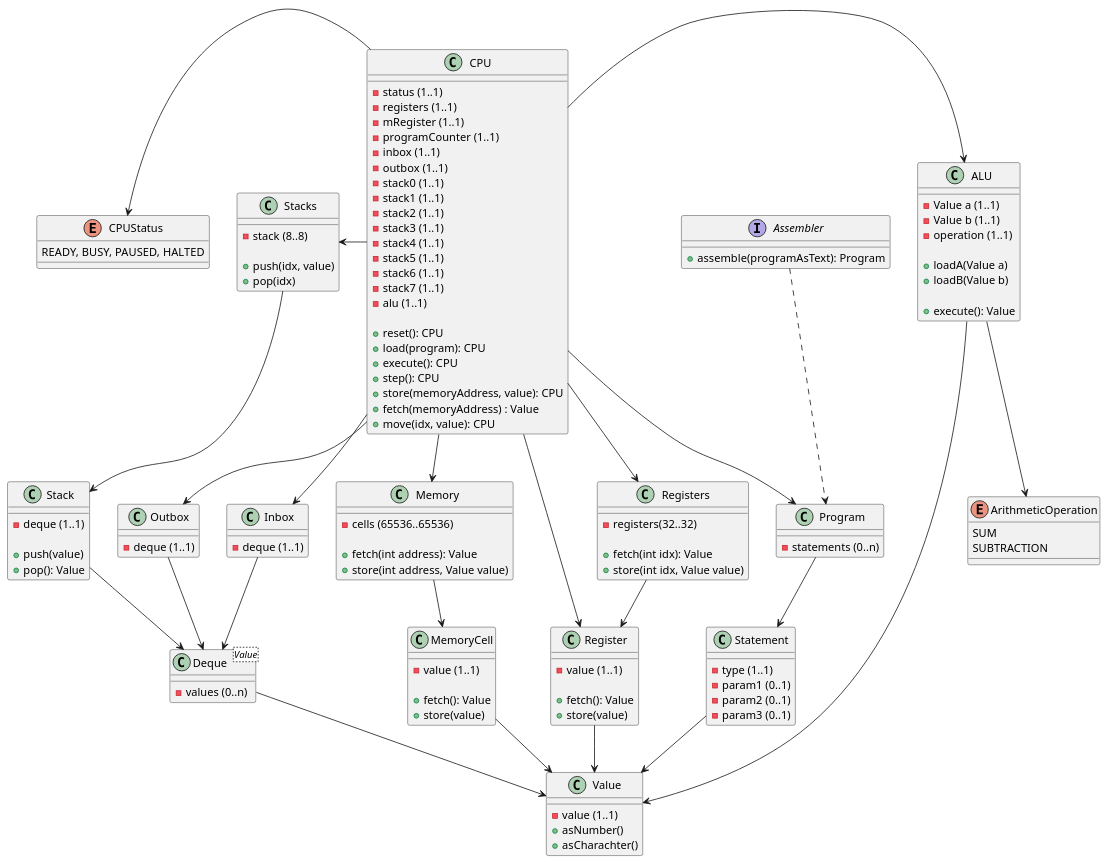
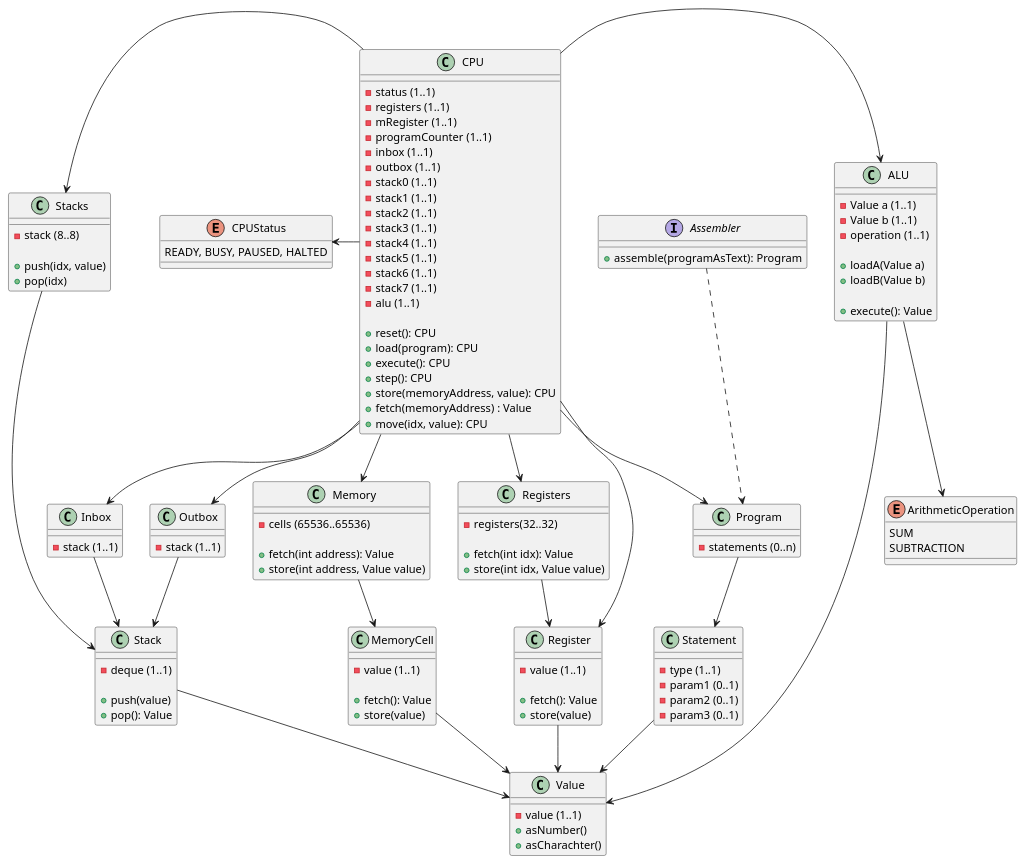
Before and after one commit to TristanoSuriani/HRM-assembly: the diagram in docs/ClassDiagramCPU.puml, drawn with PlantUML. The commit also changed 1 other file, not shown here.

Commit message:
updated model. Implemented Stack.

```diff
--- a/docs/ClassDiagramCPU.puml
+++ b/docs/ClassDiagramCPU.puml
@@ -1,149 +1,144 @@
 @startuml
 
 class Register {
   -value (1..1)
 
   +fetch(): Value
    +store(value)
 }
 
 class Registers {
   -registers(32..32)
 
   +fetch(int idx): Value
   +store(int idx, Value value)
 }
 
 class Inbox {
-  -deque (1..1)
+  -stack (1..1)
 }
 
 class Stacks {
   -stack (8..8)
 
   +push(idx, value)
   +pop(idx)
 }
 
 class Stack {
   -deque (1..1)
 
   +push(value)
   +pop(): Value
 }
 
 class Outbox
 {
-  -deque (1..1)
+  -stack (1..1)
 }
 
 class ALU {
   -Value a (1..1)
   -Value b (1..1)
   -operation (1..1)
 
   +loadA(Value a)
   +loadB(Value b)
 
   +execute(): Value
 }
 
 enum ArithmeticOperation {
   SUM
   SUBTRACTION
 }
 
 class Memory {
   -cells (65536..65536)
 
   +fetch(int address): Value
   +store(int address, Value value)
 }
 
 class MemoryCell {
  -value (1..1)
 
  +fetch(): Value
  +store(value)
 }
 
 class Value {
   -value (1..1)
   +asNumber()
   +asCharachter()
-}
-
-class Deque<Value> {
-  -values (0..n)
 }
 
 class CPU {
   -status (1..1)
   -registers (1..1)
   -mRegister (1..1)
   -programCounter (1..1)
   -inbox (1..1)
   -outbox (1..1)
   -stack0 (1..1)
   -stack1 (1..1)
   -stack2 (1..1)
   -stack3 (1..1)
   -stack4 (1..1)
   -stack5 (1..1)
   -stack6 (1..1)
   -stack7 (1..1)
   -alu (1..1)
 
   +reset(): CPU
   +load(program): CPU
   +execute(): CPU
   +step(): CPU
   +store(memoryAddress, value): CPU
   +fetch(memoryAddress) : Value
   +move(idx, value): CPU
 }
 
 enum CPUStatus {
   READY, BUSY, PAUSED, HALTED
 }
 
 class Program {
   -statements (0..n)
 }
 
 class Statement {
   -type (1..1)
   -param1 (0..1)
   -param2 (0..1)
   -param3 (0..1)
 }
 
 interface Assembler {
   +assemble(programAsText): Program
 }
 
 CPU -down-> Registers
 CPU -down-> Register
 CPU -down-> Inbox
 CPU -down-> Outbox
 CPU -right-> ALU
 CPU -down-> Memory
 CPU -left-> Stacks
 CPU -down-> Program
 CPU -left-> CPUStatus
 Memory -down-> MemoryCell
 Registers -down-> Register
 MemoryCell -down-> Value
 Register -down-> Value
-Inbox -down-> Deque
-Outbox -down-> Deque
+Inbox -down-> Stack
+Outbox -down-> Stack
 Stacks -down-> Stack
-Stack -down-> Deque
+Stack -down-> Value
 ALU -down-> Value
 ALU -down-> ArithmeticOperation
-Deque -down-> Value
 Program -down-> Statement
 Statement -down-> Value
 Assembler .down.> Program
 
 @enduml
```
